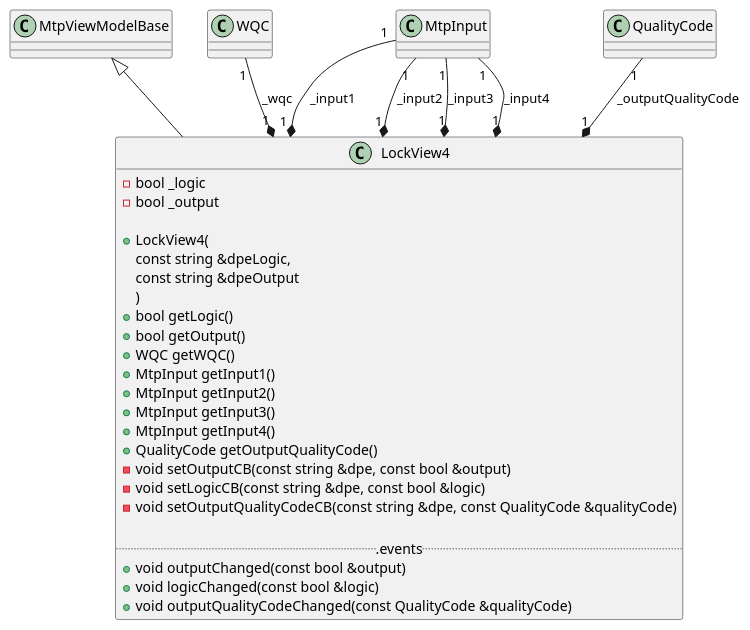
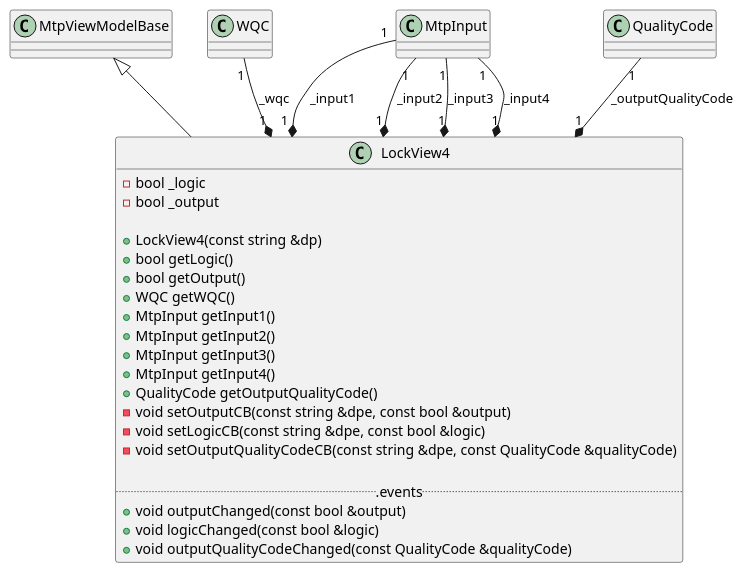
The diagram in source/Module/LockView4.puml (winccoa/winccoa-ae-ctrl-mtpimporter), drawn with PlantUML before and after one commit. The commit also changed 7 other files, not shown here.

Commit message:
fix: constructors of class diagrams correct again

```diff
--- a/source/Module/LockView4.puml
+++ b/source/Module/LockView4.puml
@@ -1,47 +1,44 @@
 @startuml LockView4
 
 class LockView4
 {
     - bool _logic
     - bool _output
 
-    + LockView4(
-        const string &dpeLogic,
-        const string &dpeOutput
-    )
+    + LockView4(const string &dp)
     + bool getLogic()
     + bool getOutput()
     + WQC getWQC()
     + MtpInput getInput1()
     + MtpInput getInput2()
     + MtpInput getInput3()
     + MtpInput getInput4()
     + QualityCode getOutputQualityCode()
     ' DPE: Out
     - void setOutputCB(const string &dpe, const bool &output)
     ' DPE: Logic
     - void setLogicCB(const string &dpe, const bool &logic)
     ' DPE: OutQC
     - void setOutputQualityCodeCB(const string &dpe, const QualityCode &qualityCode)
 
     ...events..
     + void outputChanged(const bool &output)
     + void logicChanged(const bool &logic)
     + void outputQualityCodeChanged(const QualityCode &qualityCode)
 }
 
 MtpViewModelBase <|-- LockView4
 'DPE: WQC
 WQC "1" --* "1" LockView4 : _wqc
 'DPE: In1En, In1, In1QC, In1Inv, In1Txt
 MtpInput "1" --* "1" LockView4 : _input1
 'DPE: In2En, In2, In2QC, In2Inv, In2Txt
 MtpInput "1" --* "1" LockView4 : _input2
 'DPE: In3En, In3, In3QC, In3Inv, In3Txt
 MtpInput "1" --* "1" LockView4 : _input3
 'DPE: In4En, In4, In4QC, In4Inv, In4Txt
 MtpInput "1" --* "1" LockView4 : _input4
 'DPE: OutQC
 QualityCode "1" --* "1" LockView4 : _outputQualityCode
 
 @enduml
```
